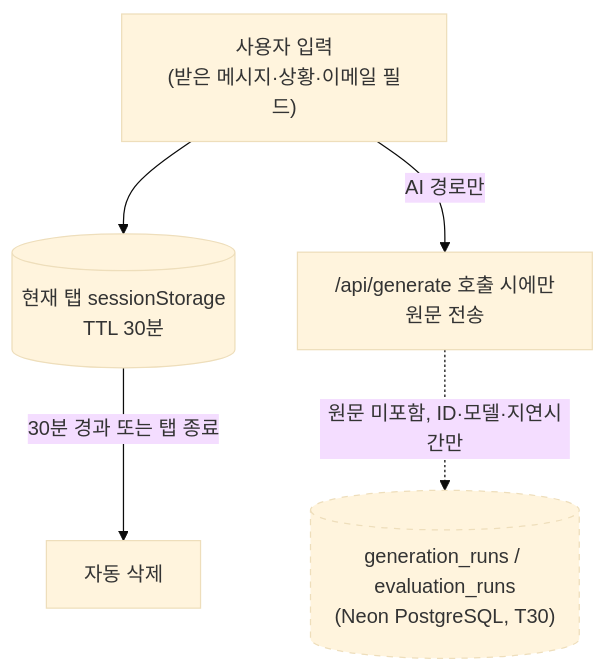
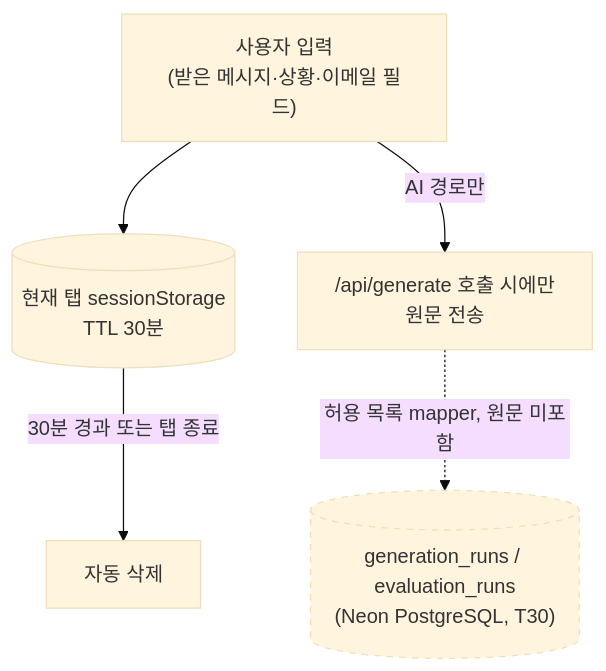
Before and after one commit to Mureung1/hub-showcase: the seventh of 7 diagrams in docs/ARCHITECTURE_OVERVIEW.md, drawn with Mermaid (base theme). The commit also changed other lines of this file and 11 other files, not shown here.

````diff
--- a/docs/ARCHITECTURE_OVERVIEW.md
+++ b/docs/ARCHITECTURE_OVERVIEW.md
@@ -189,14 +191,14 @@
 ```mermaid
 flowchart TD
     Input["사용자 입력<br/>(받은 메시지·상황·이메일 필드)"]
     Session[("현재 탭 sessionStorage<br/>TTL 30분")]
     AICall["/api/generate 호출 시에만<br/>원문 전송"]
     DB[("generation_runs / evaluation_runs<br/>(Neon PostgreSQL, T30)")]
 
     Input --> Session
     Input -->|AI 경로만| AICall
-    AICall -.->|원문 미포함, ID·모델·지연시간만| DB
+    AICall -.->|허용 목록 mapper, 원문 미포함| DB
     Session -->|30분 경과 또는 탭 종료| Purge[자동 삭제]
 
     style DB stroke-dasharray: 5 5
 ```
````
